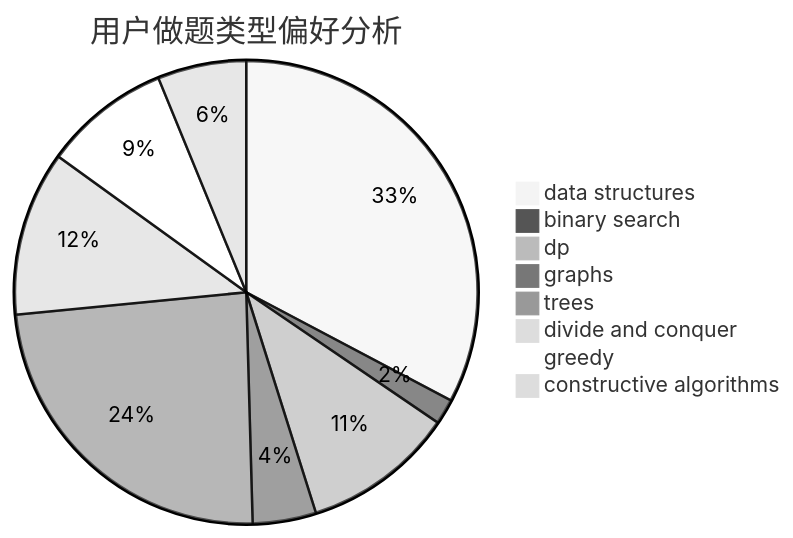
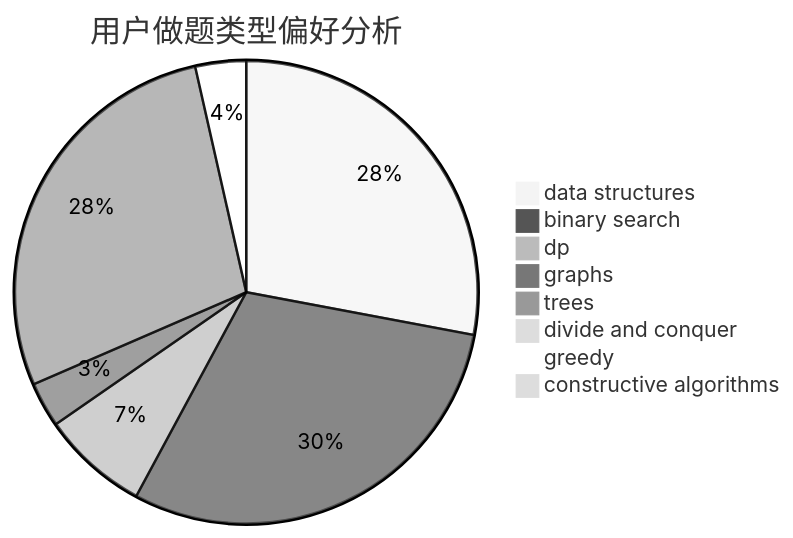
Before and after one commit to sherpahu/cfrs.github.io: the second of 3 diagrams in docs/user/u1414.md, drawn with Mermaid (neutral theme). The commit also changed other lines of this file and 2770 other files, not shown here.

````diff
--- a/docs/user/u1414.md
+++ b/docs/user/u1414.md
@@ -23,11 +23,11 @@
 ```mermaid
 pie title 用户做题类型偏好分析
-    "data structures" :  37
-    "binary search" :  2
-    "dp" :  12
-    "graphs" :  5
-    "trees" :  27
-    "divide and conquer" :  13
-    "greedy" :  10
-    "constructive algorithms" :  7
+    "data structures" :  71
+    "binary search" :  76
+    "dp" :  19
+    "graphs" :  8
+    "trees" :  71
+    "divide and conquer" :  0
+    "greedy" :  9
+    "constructive algorithms" :  0
 ```
````
